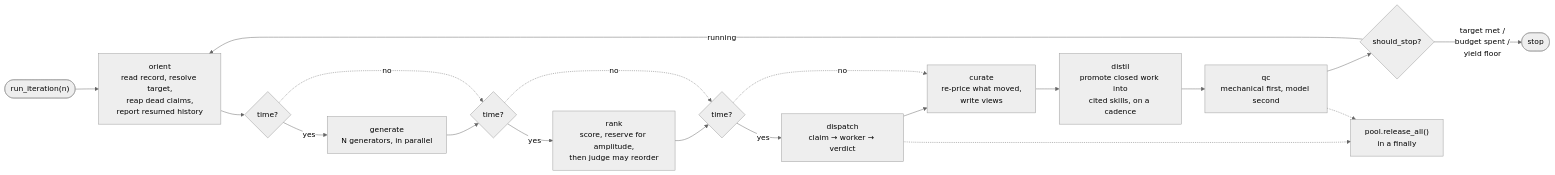
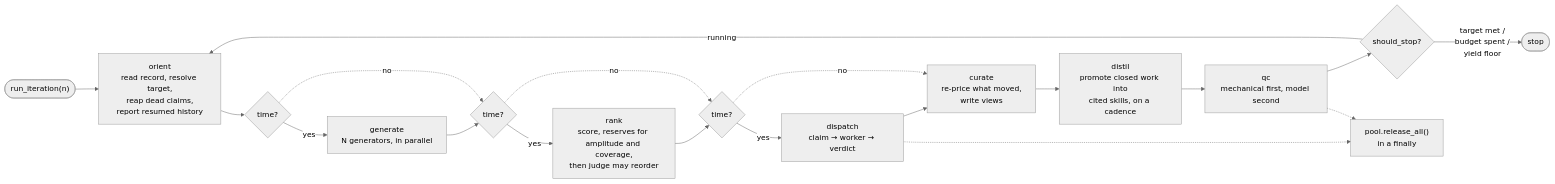
One commit to Ryun1/auto-research-toolkit changed the second of 6 diagrams in docs/ARCHITECTURE.md. Above: the diagram before and after it, drawn with Mermaid (neutral theme). The commit also changed other lines of this file and 2 other files, not shown here.

First line of the commit message:
Docs: align counts, brain diagram, and CLI examples with the code

````diff
--- a/docs/ARCHITECTURE.md
+++ b/docs/ARCHITECTURE.md
@@ -71,31 +72,31 @@
 ```mermaid
 flowchart LR
     start(["run_iteration(n)"]) --> orient
     orient["orient<br/>read record, resolve target,<br/>reap dead claims,<br/>report resumed history"]
     generate["generate<br/>N generators, in parallel"]
-    rankp["rank<br/>score, reserve for amplitude,<br/>then judge may reorder"]
+    rankp["rank<br/>score, reserves for amplitude and coverage,<br/>then judge may reorder"]
     dispatch["dispatch<br/>claim → worker → verdict"]
     curate["curate<br/>re-price what moved,<br/>write views"]
     distil["distil<br/>promote closed work into<br/>cited skills, on a cadence"]
     qc["qc<br/>mechanical first, model second"]
     stop{"should_stop?"}
 
     c1{"time?"}
     c2{"time?"}
     c3{"time?"}
 
     orient --> c1
     c1 -->|"yes"| generate --> c2
     c2 -->|"yes"| rankp --> c3
     c3 -->|"yes"| dispatch --> curate
     c1 -.->|"no"| c2
     c2 -.->|"no"| c3
     c3 -.->|"no"| curate
     curate --> distil --> qc --> stop
     stop -->|"running"| orient
     stop -->|"target met /<br/>budget spent /<br/>yield floor"| done(["stop"])
 
     teardown["pool.release_all()<br/>in a finally"]
     dispatch -.-> teardown
     qc -.-> teardown
 ```
````
